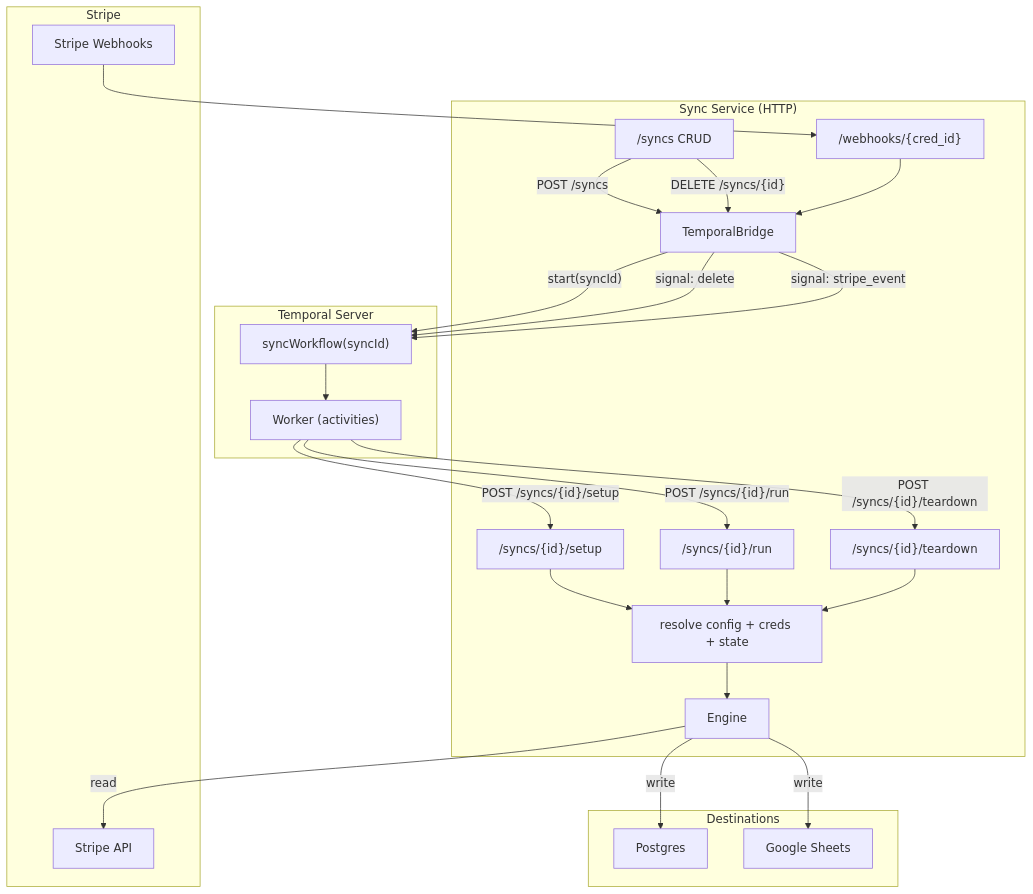
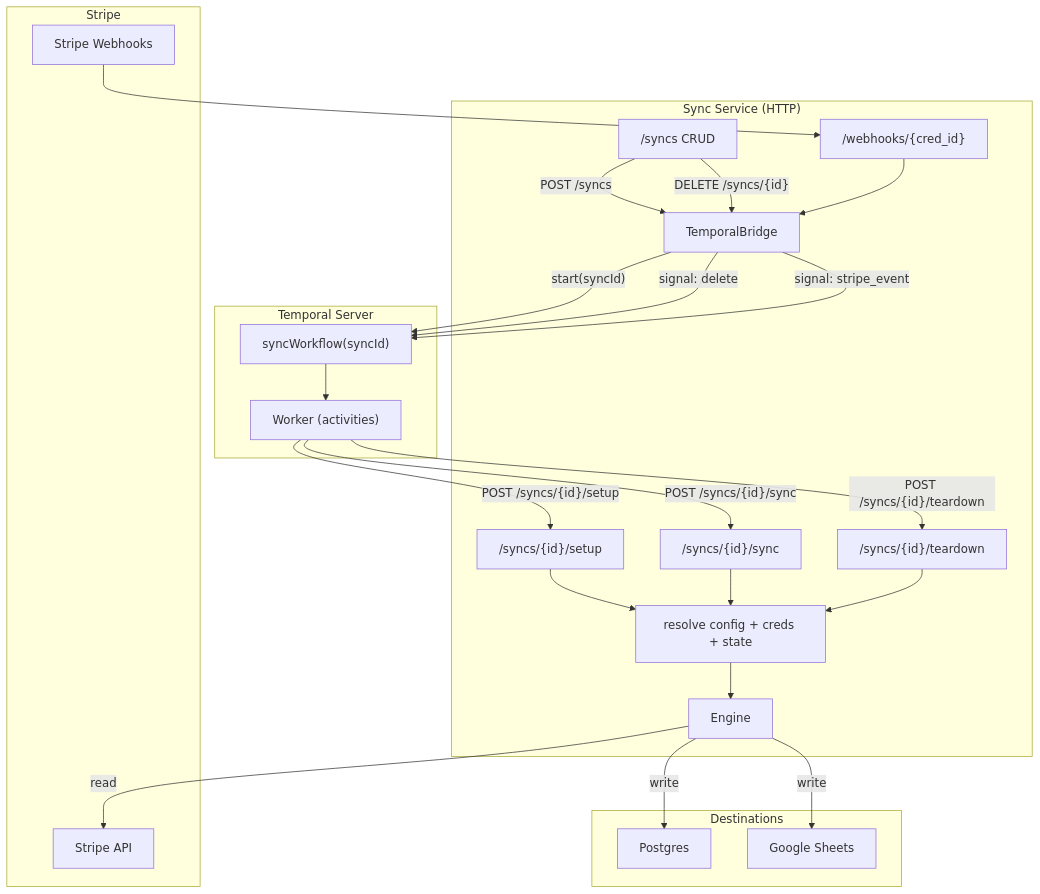
One commit to supabase/stripe-sync-engine changed the first of 4 diagrams in docs/pages/service/temporal.md. Above: the diagram before and after it, drawn with Mermaid. The commit also changed other lines of this file and 4 other files, not shown here.

First line of the commit message:
Rename /syncs/{id}/run → /syncs/{id}/sync

````diff
--- a/docs/pages/service/temporal.md
+++ b/docs/pages/service/temporal.md
@@ -11,55 +11,55 @@
 ```mermaid
 graph TD
     subgraph Stripe
         StripeAPI["Stripe API"]
         StripeWH["Stripe Webhooks"]
     end
 
     subgraph Service["Sync Service (HTTP)"]
         CRUD["/syncs CRUD"]
         Setup["/syncs/{id}/setup"]
-        Run["/syncs/{id}/run"]
+        Run["/syncs/{id}/sync"]
         Teardown["/syncs/{id}/teardown"]
         WHRoute["/webhooks/{cred_id}"]
         Bridge["TemporalBridge"]
         Resolve["resolve config + creds + state"]
         Engine["Engine"]
     end
 
     subgraph Temporal["Temporal Server"]
         Workflow["syncWorkflow(syncId)"]
         Worker["Worker (activities)"]
     end
 
     subgraph Destinations
         Postgres["Postgres"]
         Sheets["Google Sheets"]
     end
 
     %% CRUD → Bridge → Workflow
     CRUD -- "POST /syncs" --> Bridge
     Bridge -- "start(syncId)" --> Workflow
     CRUD -- "DELETE /syncs/{id}" --> Bridge
     Bridge -- "signal: delete" --> Workflow
 
     %% Webhook → Bridge → Workflow
     StripeWH --> WHRoute
     WHRoute --> Bridge
     Bridge -- "signal: stripe_event" --> Workflow
 
     %% Workflow → Activities → Service
     Workflow --> Worker
     Worker -- "POST /syncs/{id}/setup" --> Setup
-    Worker -- "POST /syncs/{id}/run" --> Run
+    Worker -- "POST /syncs/{id}/sync" --> Run
     Worker -- "POST /syncs/{id}/teardown" --> Teardown
 
     %% Service internals
     Setup --> Resolve --> Engine
     Run --> Resolve
     Teardown --> Resolve
 
     %% Engine → external
     Engine -- "read" --> StripeAPI
     Engine -- "write" --> Postgres
     Engine -- "write" --> Sheets
 ```
````
